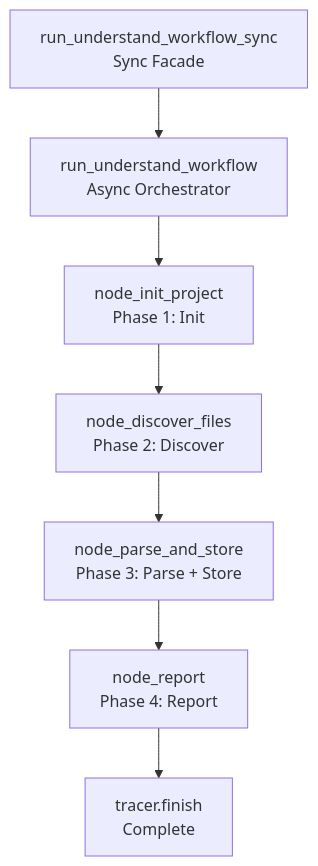
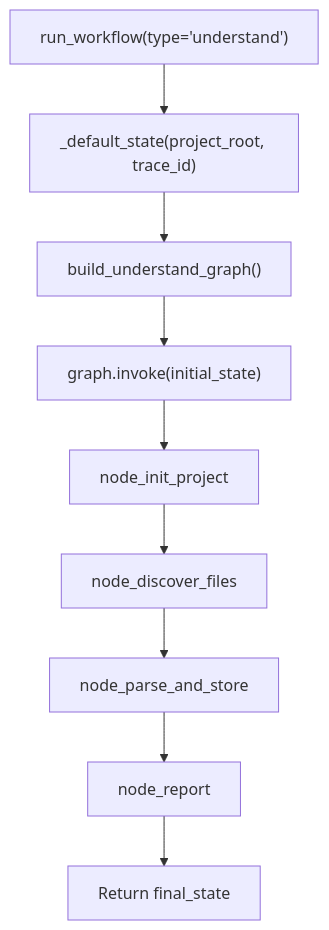
One commit to brunogcar/agent changed the diagram in docs/workflows/understand/ARCHITECTURE.md. Above: the diagram before and after it, drawn with Mermaid. The commit also changed other lines of this file and 9 other files, not shown here.

````diff
--- a/docs/workflows/understand/ARCHITECTURE.md
+++ b/docs/workflows/understand/ARCHITECTURE.md
@@ -37,9 +37,11 @@
 ```mermaid
 graph TD
-    A["run_understand_workflow_sync<br/>Sync Facade"] --> B["run_understand_workflow<br/>Async Orchestrator"]
-    B --> C["node_init_project<br/>Phase 1: Init"]
-    C --> D["node_discover_files<br/>Phase 2: Discover"]
-    D --> E["node_parse_and_store<br/>Phase 3: Parse + Store"]
-    E --> F["node_report<br/>Phase 4: Report"]
-    F --> G["tracer.finish<br/>Complete"]
+    A["run_workflow(type='understand')"] --> B["_default_state(project_root, trace_id)"]
+    B --> C["build_understand_graph()"]
+    C --> D["graph.invoke(initial_state)"]
+    D --> E["node_init_project"]
+    E --> F["node_discover_files"]
+    F --> G["node_parse_and_store"]
+    G --> H["node_report"]
+    H --> I["Return final_state"]
 ```
````
